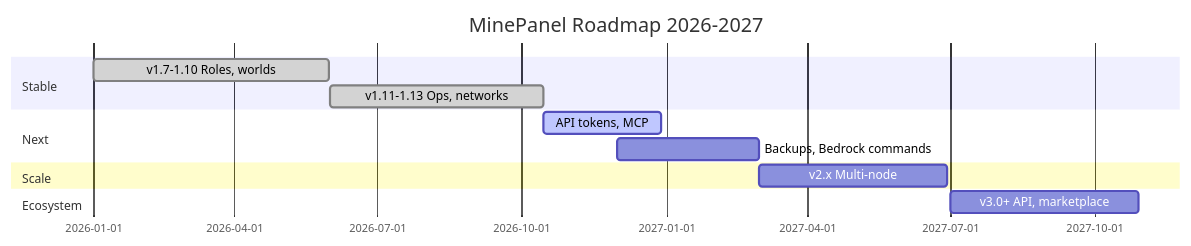
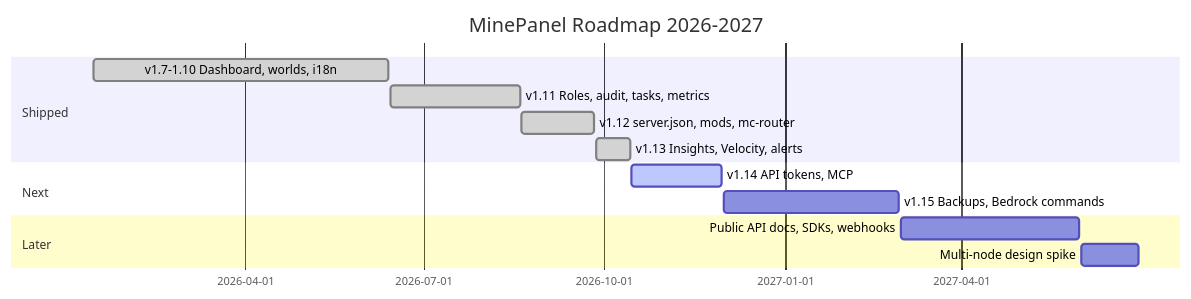
Before and after one commit to Ketbome/minepanel: the third of 3 diagrams in doc/roadmap.md, drawn with Mermaid. The commit also changed other lines of this file, not shown here.

Commit message:
docs(roadmap): date the timeline from real releases and flag NetherNet

````diff
--- a/doc/roadmap.md
+++ b/doc/roadmap.md
@@ -326,19 +328,19 @@
 ```mermaid
 gantt
     title MinePanel Roadmap 2026-2027
     dateFormat YYYY-MM-DD
 
-    section Stable
-    v1.7-1.10 Roles, worlds   :done, a1, 2026-01-01, 150d
-    v1.11-1.13 Ops, networks  :done, a2, 2026-06-01, 136d
+    section Shipped
+    v1.7-1.10 Dashboard, worlds, i18n      :done, a1, 2026-01-14, 2026-06-13
+    v1.11 Roles, audit, tasks, metrics     :done, a2, 2026-06-14, 2026-08-19
+    v1.12 server.json, mods, mc-router     :done, a3, 2026-08-20, 2026-09-26
+    v1.13 Insights, Velocity, alerts       :done, a4, 2026-09-27, 2026-10-14
 
     section Next
-    API tokens, MCP           :active, a3, 2026-10-15, 75d
-    Backups, Bedrock commands :a4, 2026-12-01, 90d
+    v1.14 API tokens, MCP                  :active, a5, 2026-10-15, 2026-11-30
+    v1.15 Backups, Bedrock commands        :a6, 2026-12-01, 2027-02-28
 
-    section Scale
-    v2.x Multi-node           :a5, 2027-03-01, 120d
-
-    section Ecosystem
-    v3.0+ API, marketplace    :a6, 2027-07-01, 120d
+    section Later
+    Public API docs, SDKs, webhooks        :a7, 2027-03-01, 2027-05-31
+    Multi-node design spike                :a8, 2027-06-01, 2027-06-30
 ```
````
